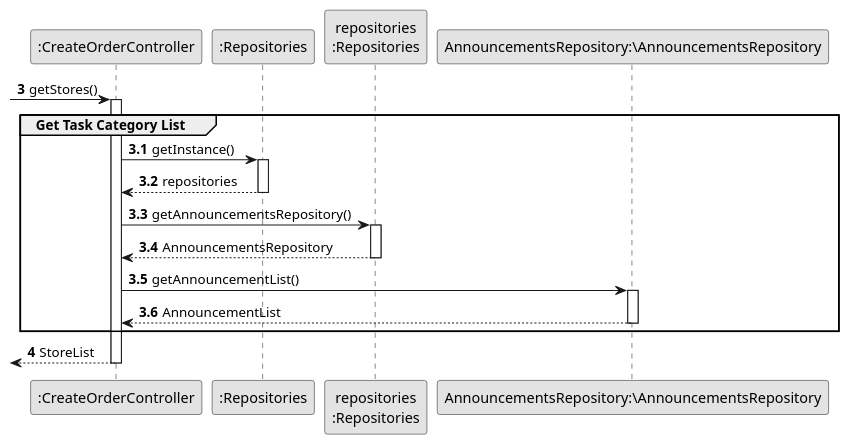
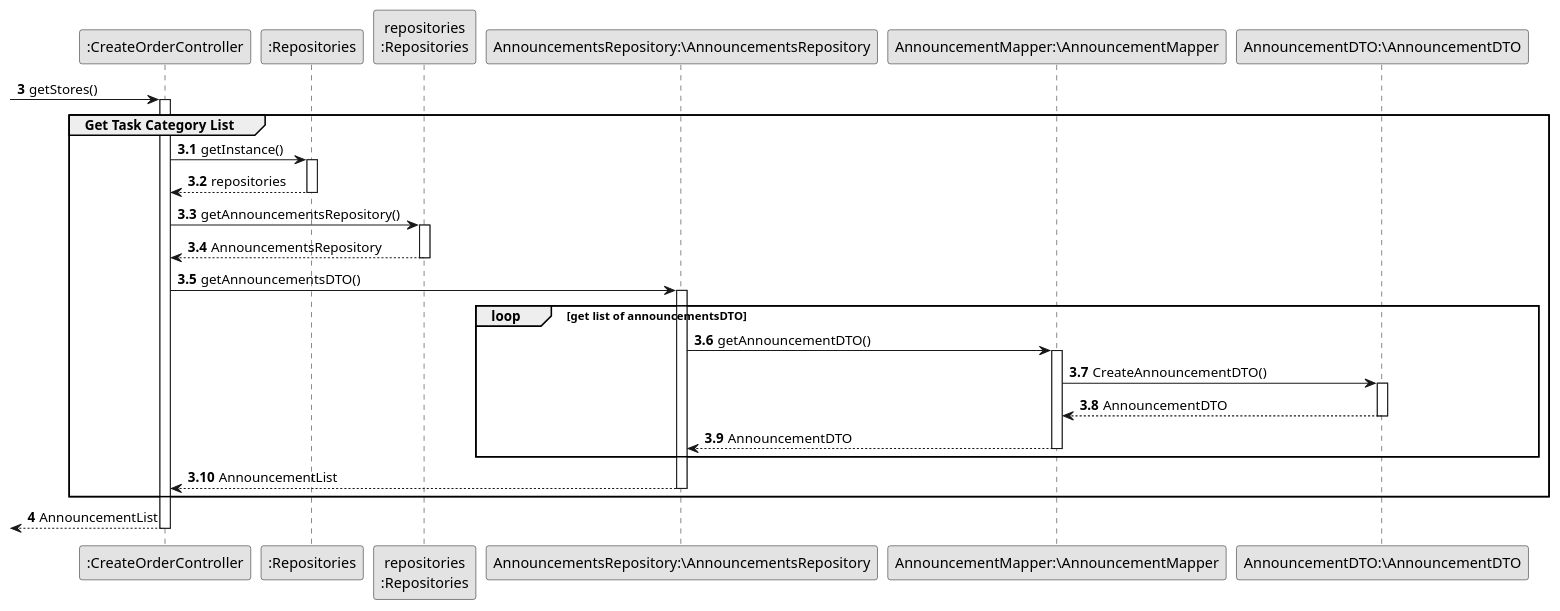
One commit to hugosilva2901/lei-22-s2-1DO-g68 changed the diagram in lei-22-s2-1do-g68/docs/SprintC/us010/03.design/puml/us003-sequence-diagram-partial-get-Annoucements-list.puml. Above: the diagram before and after it, drawn with PlantUML. The commit also changed 1 other file, not shown here.

Commit message:
update Class diagrama Us 10 update sd partial get annoucements Us 10

```diff
--- a/lei-22-s2-1do-g68/docs/SprintC/us010/03.design/puml/us003-sequence-diagram-partial-get-Annoucements-list.puml
+++ b/lei-22-s2-1do-g68/docs/SprintC/us010/03.design/puml/us003-sequence-diagram-partial-get-Annoucements-list.puml
@@ -1,48 +1,63 @@
 @startuml
 skinparam monochrome true
 skinparam packageStyle rectangle
 skinparam shadowing false
 
 autonumber
 
 'hide footbox
 
 participant ":CreateOrderController" as CTRL
 participant ":Repositories" as RepositorySingleton
 participant "repositories\n:Repositories" as PLAT
 participant "AnnouncementsRepository:\AnnouncementsRepository" as AnnouncementsRepository
+participant "AnnouncementMapper:\AnnouncementMapper" as Mapper
+participant "AnnouncementDTO:\AnnouncementDTO" as DTO
 
 autonumber 3
 
  -> CTRL : getStores()
 autonumber 3.1
 activate CTRL
     group Get Task Category List
 
 
             CTRL -> RepositorySingleton : getInstance()
             activate RepositorySingleton
 
                 RepositorySingleton --> CTRL: repositories
             deactivate RepositorySingleton
 
             CTRL -> PLAT : getAnnouncementsRepository()
             activate PLAT
 
+
+
                 PLAT --> CTRL: AnnouncementsRepository
             deactivate PLAT
 
-            CTRL -> AnnouncementsRepository : getAnnouncementList()
+            CTRL -> AnnouncementsRepository : getAnnouncementsDTO()
+            loop get list of announcementsDTO
             activate AnnouncementsRepository
+              AnnouncementsRepository->Mapper:getAnnouncementDTO()
+            activate Mapper
 
+            Mapper->DTO:CreateAnnouncementDTO()
+
+            activate DTO
+            DTO-->Mapper:AnnouncementDTO
+            deactivate DTO
+            Mapper-->AnnouncementsRepository:AnnouncementDTO
+            deactivate Mapper
+            end
                 AnnouncementsRepository --> CTRL : AnnouncementList
             deactivate AnnouncementsRepository
 
 
     end
     autonumber 4
-    <-- CTRL  : StoreList
+    <-- CTRL  : AnnouncementList
 deactivate CTRL
 
 
 @enduml
```
